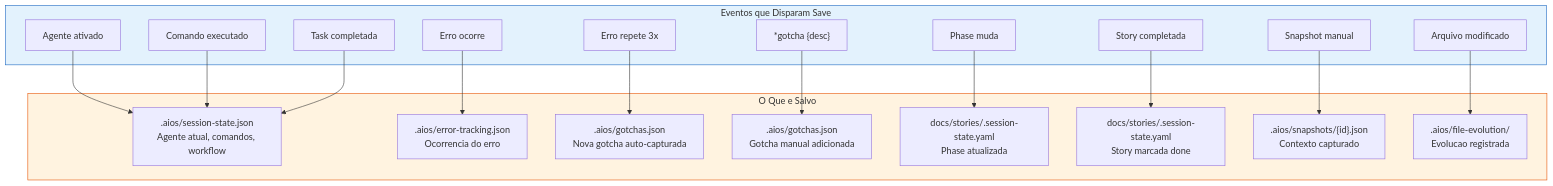
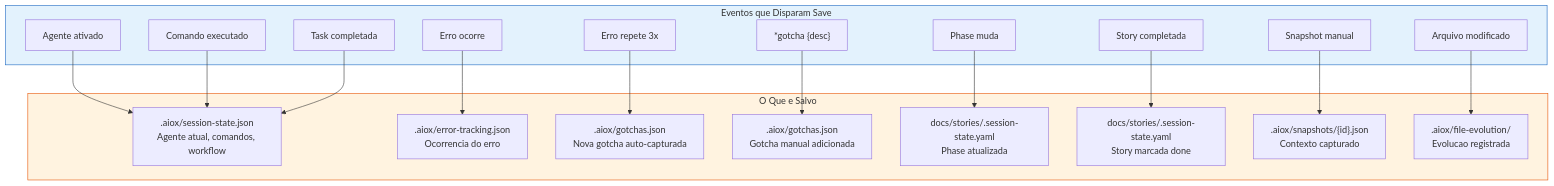
The ninth of 18 diagrams in docs/guides/MEMORY-SYSTEM.md (brunajunckes/aiox-core), drawn with Mermaid before and after one commit. The commit also changed other lines of this file and 3396 other files, not shown here.

First line of the commit message:
chore: rebrand aios → aiox across entire codebase (#552)

````diff
--- a/docs/guides/MEMORY-SYSTEM.md
+++ b/docs/guides/MEMORY-SYSTEM.md
@@ -433,40 +433,40 @@
 ```mermaid
 flowchart TD
     subgraph TRIGGERS["Eventos que Disparam Save"]
         T1["Agente ativado"]
         T2["Comando executado"]
         T3["Task completada"]
         T4["Erro ocorre"]
         T5["Erro repete 3x"]
         T6["*gotcha {desc}"]
         T7["Phase muda"]
         T8["Story completada"]
         T9["Snapshot manual"]
         T10["Arquivo modificado"]
     end
 
     subgraph SAVES["O Que e Salvo"]
-        S1[".aios/session-state.json<br/>Agente atual, comandos, workflow"]
-        S2[".aios/error-tracking.json<br/>Ocorrencia do erro"]
-        S3[".aios/gotchas.json<br/>Nova gotcha auto-capturada"]
-        S4[".aios/gotchas.json<br/>Gotcha manual adicionada"]
+        S1[".aiox/session-state.json<br/>Agente atual, comandos, workflow"]
+        S2[".aiox/error-tracking.json<br/>Ocorrencia do erro"]
+        S3[".aiox/gotchas.json<br/>Nova gotcha auto-capturada"]
+        S4[".aiox/gotchas.json<br/>Gotcha manual adicionada"]
         S5["docs/stories/.session-state.yaml<br/>Phase atualizada"]
         S6["docs/stories/.session-state.yaml<br/>Story marcada done"]
-        S7[".aios/snapshots/{id}.json<br/>Contexto capturado"]
-        S8[".aios/file-evolution/<br/>Evolucao registrada"]
+        S7[".aiox/snapshots/{id}.json<br/>Contexto capturado"]
+        S8[".aiox/file-evolution/<br/>Evolucao registrada"]
     end
 
     T1 --> S1
     T2 --> S1
     T3 --> S1
     T4 --> S2
     T5 --> S3
     T6 --> S4
     T7 --> S5
     T8 --> S6
     T9 --> S7
     T10 --> S8
 
     style TRIGGERS fill:#E3F2FD,stroke:#1565C0
     style SAVES fill:#FFF3E0,stroke:#E65100
 ```
````
